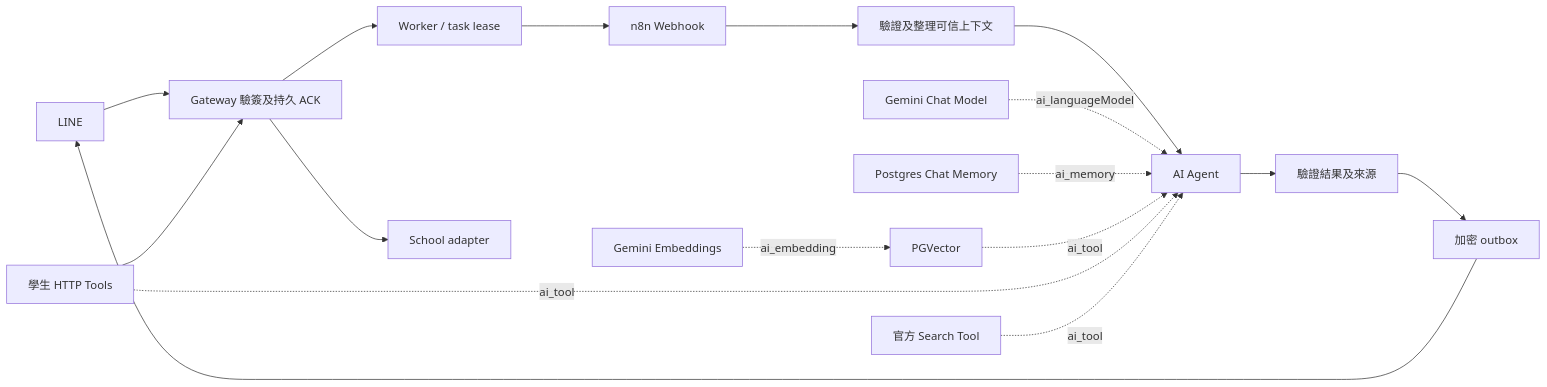
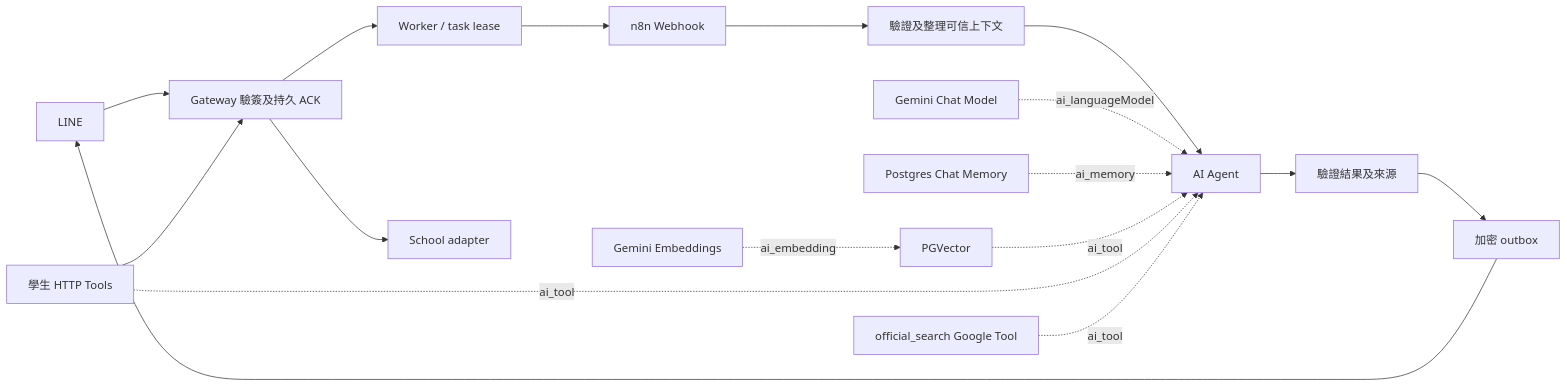
One commit to yuzen9622/nutc-n8n-agent changed the diagram in docs/SDD.md. Above: the diagram before and after it, drawn with Mermaid. The commit also changed other lines of this file and 2 other files, not shown here.

First line of the commit message:
docs: update architecture, roadmap and readme for leave flow and search

````diff
--- a/docs/SDD.md
+++ b/docs/SDD.md
@@ -23,19 +23,19 @@
 ```mermaid
 flowchart LR
   L[LINE] --> GW[Gateway 驗簽及持久 ACK]
   GW --> W[Worker / task lease]
   W --> N[n8n Webhook]
   N --> V[驗證及整理可信上下文]
   V --> A[AI Agent]
   G[Gemini Chat Model] -. ai_languageModel .-> A
   M[Postgres Chat Memory] -. ai_memory .-> A
   P[PGVector] -. ai_tool .-> A
   E[Gemini Embeddings] -. ai_embedding .-> P
   H[學生 HTTP Tools] -. ai_tool .-> A
-  S[官方 Search Tool] -. ai_tool .-> A
+  S[official_search Google Tool] -. ai_tool .-> A
   A --> C[驗證結果及來源]
   C --> O[加密 outbox]
   O --> L
   H --> GW
   GW --> SA[School adapter]
 ```
````
